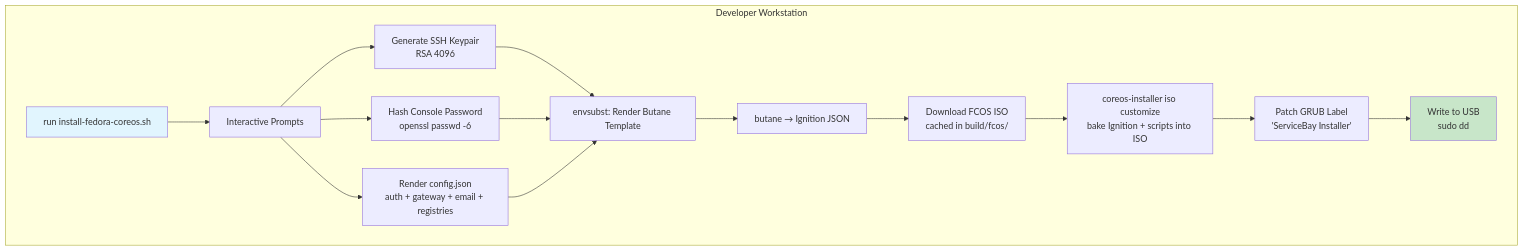
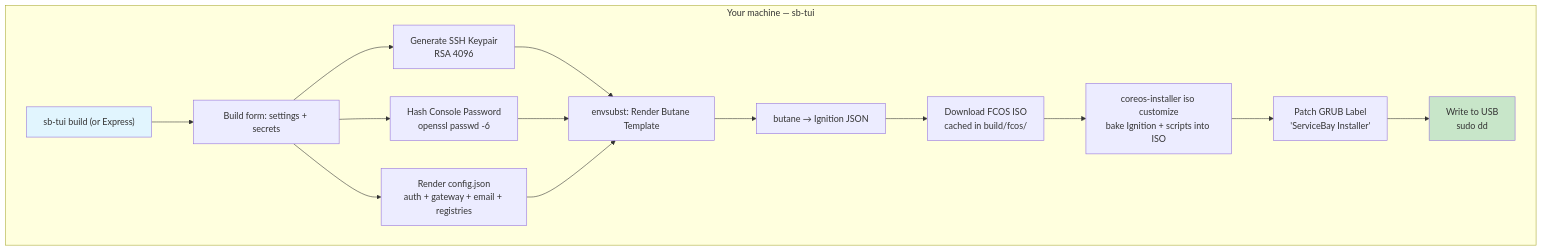
One commit to mdopp/servicebay changed the first of 8 diagrams in docs/INSTALLATION.md. Above: the diagram before and after it, drawn with Mermaid. The commit also changed other lines of this file and 1 other file, not shown here.

First line of the commit message:
docs: reflect the Go sb-tui (install, Express, retire install-fedora-coreos.sh refs)

````diff
--- a/docs/INSTALLATION.md
+++ b/docs/INSTALLATION.md
@@ -5,22 +5,22 @@
 ```mermaid
 flowchart TD
-    subgraph "Developer Workstation"
-        A[run install-fedora-coreos.sh] --> B[Interactive Prompts]
+    subgraph "Your machine — sb-tui"
+        A["sb-tui build (or Express)"] --> B[Build form: settings + secrets]
         B --> C[Generate SSH Keypair<br/>RSA 4096]
         B --> D[Hash Console Password<br/>openssl passwd -6]
         B --> E[Render config.json<br/>auth + gateway + email + registries]
 
         C --> F[envsubst: Render Butane Template]
         D --> F
         E --> F
 
         F --> G[butane → Ignition JSON]
         G --> H[Download FCOS ISO<br/>cached in build/fcos/]
         H --> I["coreos-installer iso customize<br/>bake Ignition + scripts into ISO"]
         I --> J[Patch GRUB Label<br/>'ServiceBay Installer']
         J --> K[Write to USB<br/>sudo dd]
     end
 
     style A fill:#e1f5fe
     style K fill:#c8e6c9
 ```
````
